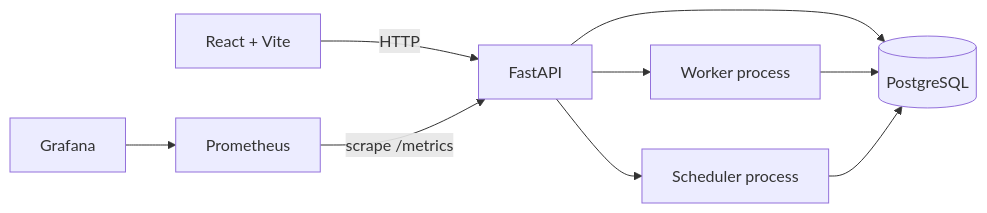
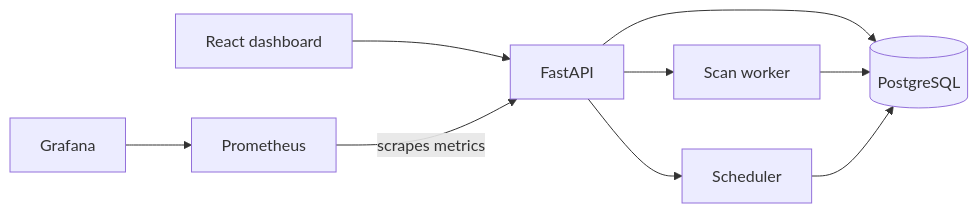
Before and after one commit to abhay4721/DriftWatch: the diagram in README.md, drawn with Mermaid. The commit also changed other lines of this file, not shown here.

````diff
--- a/README.md
+++ b/README.md
@@ -7,11 +19,11 @@
 ```mermaid
 flowchart LR
-  Browser[React + Vite] -->|HTTP| API[FastAPI]
-  API --> Worker[Worker process]
-  API --> Scheduler[Scheduler process]
+  Browser[React dashboard] --> API[FastAPI]
   API --> DB[(PostgreSQL)]
+  API --> Worker[Scan worker]
+  API --> Scheduler[Scheduler]
   Worker --> DB
   Scheduler --> DB
-  Prometheus[Prometheus] -->|scrape /metrics| API
+  Prometheus[Prometheus] -->|scrapes metrics| API
   Grafana[Grafana] --> Prometheus
 ```
````
